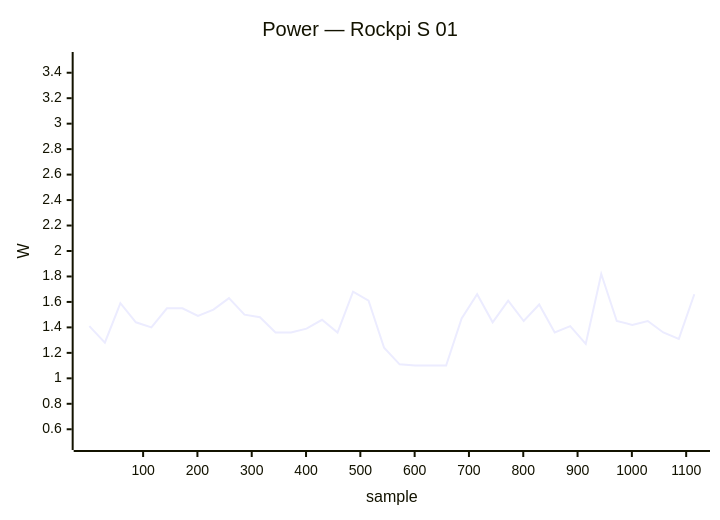
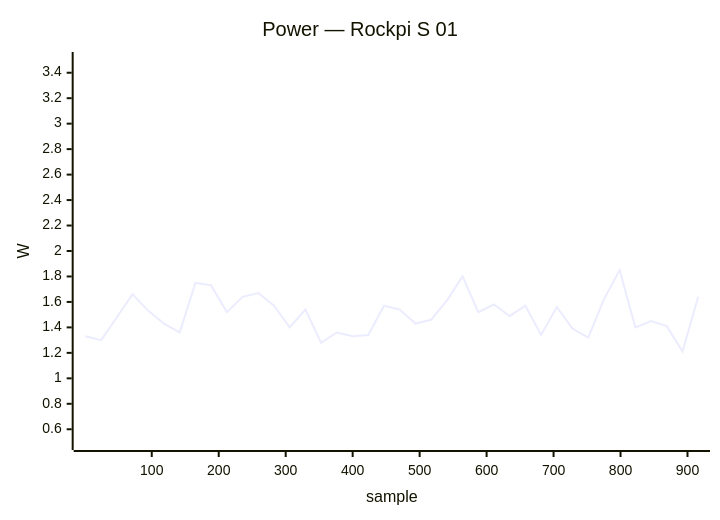
Diagram 13 of 34 in docs/status/board-tests.md (armbian/documentation), drawn with Mermaid before and after one commit. The commit also changed other lines of this file, not shown here.

````diff
--- a/docs/status/board-tests.md
+++ b/docs/status/board-tests.md
@@ -689,7 +704,7 @@
 ```mermaid
 xychart-beta
     title "Power — Rockpi S 01"
-    x-axis "sample" 1 --> 1115
+    x-axis "sample" 1 --> 916
     y-axis "W" 0.5 --> 3.5
-    line [1.41, 1.28, 1.59, 1.44, 1.40, 1.55, 1.55, 1.49, 1.54, 1.63, 1.50, 1.48, 1.36, 1.36, 1.39, 1.46, 1.36, 1.68, 1.61, 1.24, 1.11, 1.10, 1.10, 1.10, 1.47, 1.66, 1.44, 1.61, 1.45, 1.58, 1.36, 1.41, 1.27, 1.82, 1.45, 1.42, 1.45, 1.36, 1.31, 1.66]
+    line [1.33, 1.30, 1.48, 1.66, 1.53, 1.43, 1.36, 1.75, 1.73, 1.52, 1.64, 1.67, 1.57, 1.40, 1.54, 1.28, 1.36, 1.33, 1.34, 1.57, 1.54, 1.43, 1.46, 1.61, 1.80, 1.52, 1.58, 1.49, 1.57, 1.34, 1.56, 1.39, 1.32, 1.62, 1.85, 1.40, 1.45, 1.41, 1.21, 1.64]
 ```
````
